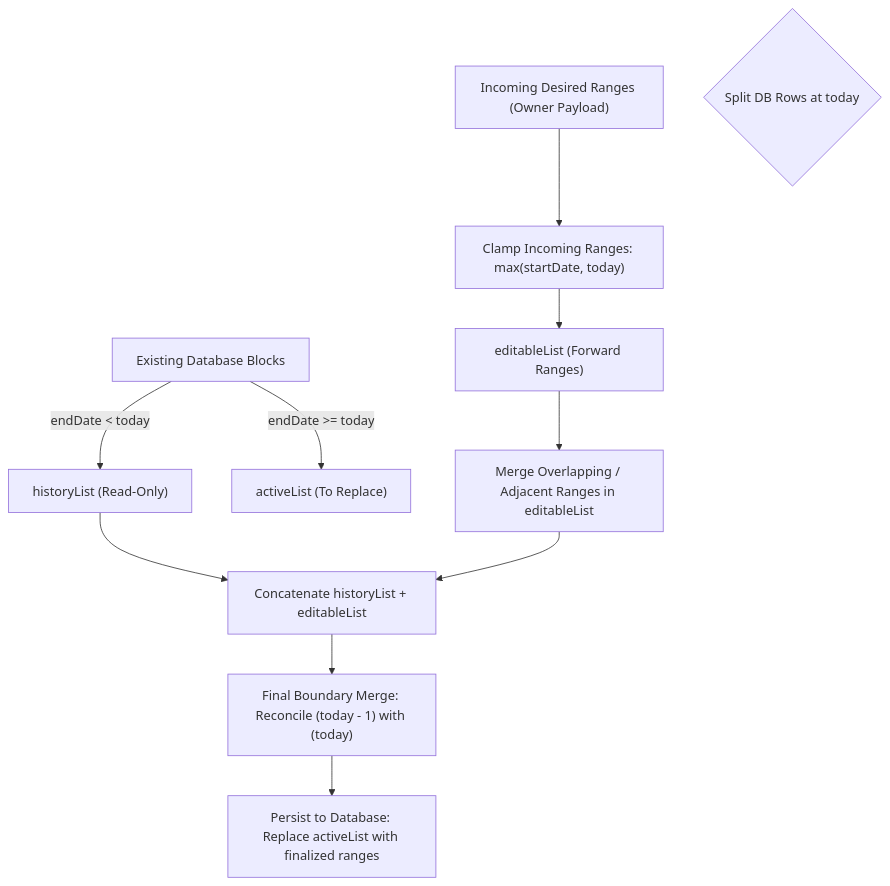
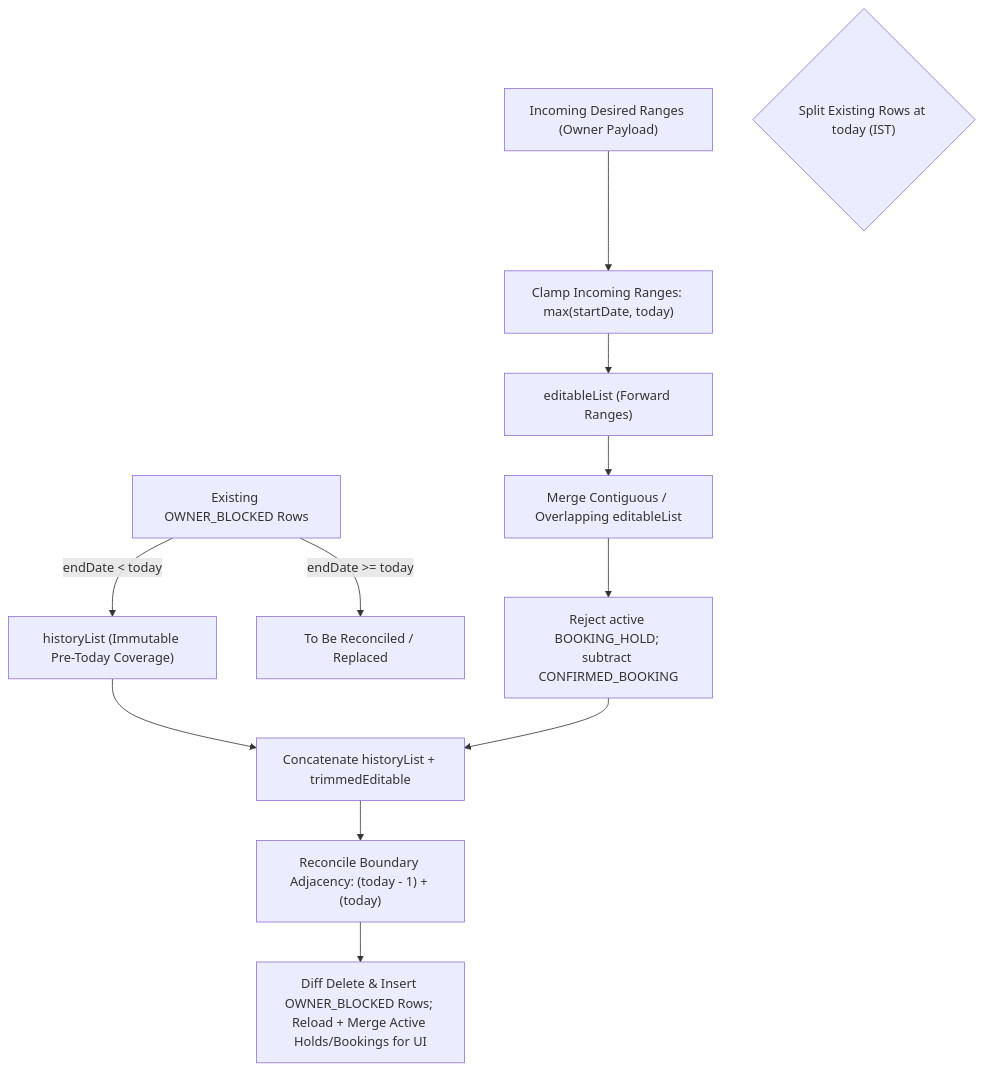
One commit to Advertisement-Market/advertisement changed the third of 3 diagrams in docs/prs/PR-47-billboard-availability-calendar-and-sync-pipeline.md. Above: the diagram before and after it, drawn with Mermaid. The commit also changed other lines of this file, not shown here.

First line of the commit message:
docs(pr): update PR-47 technical specification for hardening, initial blocks, and verified test counts

````diff
--- a/docs/prs/PR-47-billboard-availability-calendar-and-sync-pipeline.md
+++ b/docs/prs/PR-47-billboard-availability-calendar-and-sync-pipeline.md
@@ -101,26 +119,27 @@
 ```mermaid
 flowchart TD
     Raw["Incoming Desired Ranges (Owner Payload)"]
-    DBRows["Existing Database Blocks"]
-    
-    SplitDB{"Split DB Rows at today"}
-    DBRows -->|"endDate < today"| Hist["historyList (Read-Only)"]
-    DBRows -->|"endDate >= today"| Active["activeList (To Replace)"]
-    
+    DBRows["Existing OWNER_BLOCKED Rows"]
+
+    SplitDB{"Split Existing Rows at today (IST)"}
+    DBRows -->|"endDate < today"| Hist["historyList (Immutable Pre-Today Coverage)"]
+    DBRows -->|"endDate >= today"| Replace["To Be Reconciled / Replaced"]
+
     Clamp["Clamp Incoming Ranges: max(startDate, today)"]
     Raw --> Clamp
     Clamp --> Edit["editableList (Forward Ranges)"]
-    
-    MergeEdit["Merge Overlapping / Adjacent Ranges in editableList"]
+
+    MergeEdit["Merge Contiguous / Overlapping editableList"]
     Edit --> MergeEdit
-    
-    Concat["Concatenate historyList + editableList"]
+    MergeEdit --> BlockerCheck["Reject active BOOKING_HOLD; subtract CONFIRMED_BOOKING"]
+
+    Concat["Concatenate historyList + trimmedEditable"]
     Hist --> Concat
-    MergeEdit --> Concat
-    
-    BoundaryMerge["Final Boundary Merge: Reconcile (today - 1) with (today)"]
+    BlockerCheck --> Concat
+
+    BoundaryMerge["Reconcile Boundary Adjacency: (today - 1) + (today)"]
     Concat --> BoundaryMerge
-    
-    Persist["Persist to Database: Replace activeList with finalized ranges"]
+
+    Persist["Diff Delete & Insert OWNER_BLOCKED Rows; Reload + Merge Active Holds/Bookings for UI"]
     BoundaryMerge --> Persist
 ```
````
